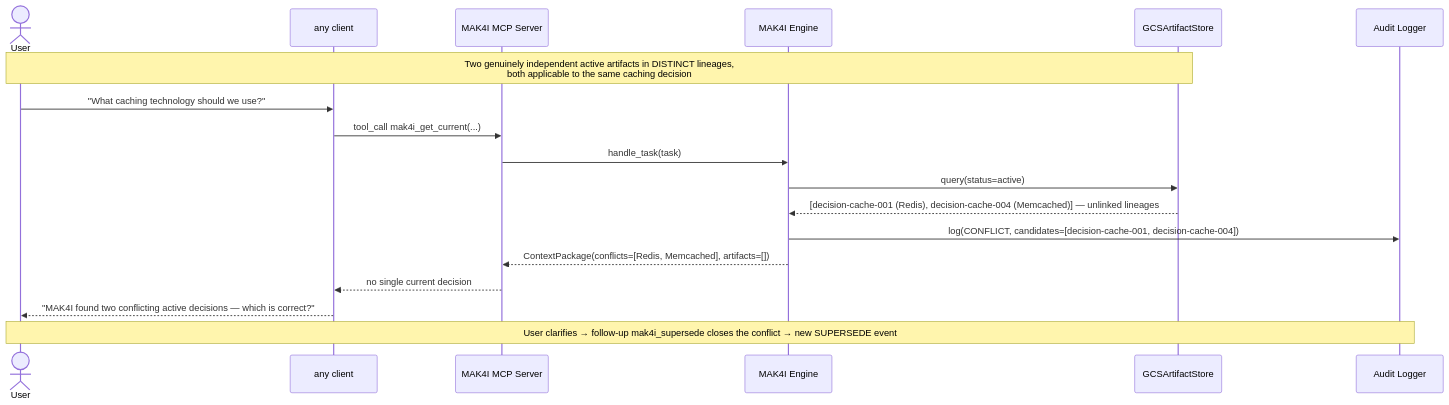
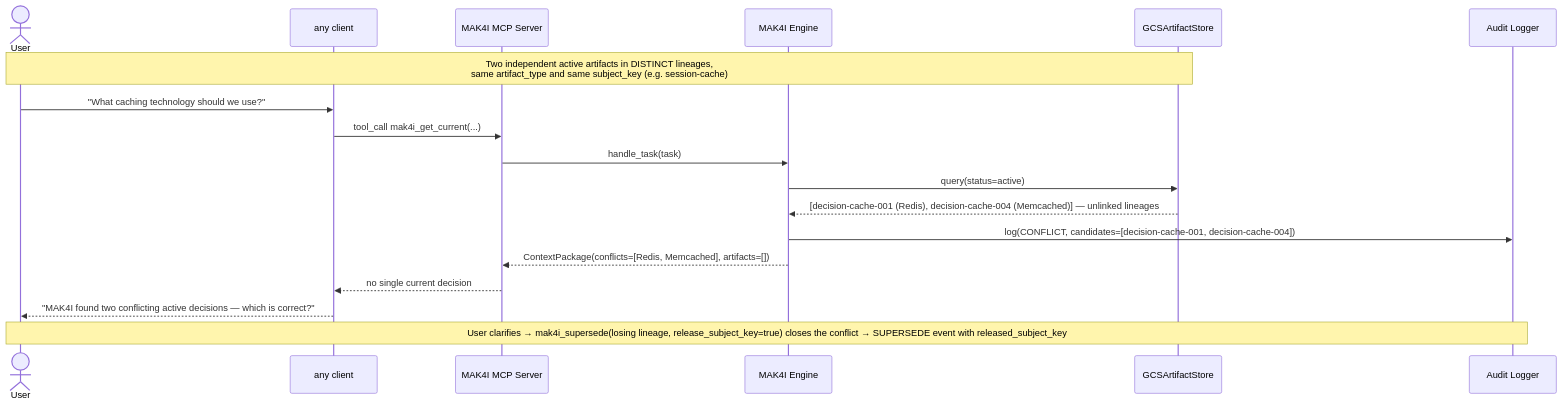
The fifth of 5 diagrams in docs/MVP_ARCHITECTURE.md (talvikai/mak4i-reference), drawn with Mermaid before and after one commit. The commit also changed other lines of this file and 25 other files, not shown here.

````diff
--- a/docs/MVP_ARCHITECTURE.md
+++ b/docs/MVP_ARCHITECTURE.md
@@ -654,21 +682,21 @@
 ```mermaid
 sequenceDiagram
     actor U as User
     participant AnyC as any client
     participant MCP as MAK4I MCP Server
     participant API as MAK4I Engine
     participant S as GCSArtifactStore
     participant AL as Audit Logger
 
-    Note over U,S: Two genuinely independent active artifacts in DISTINCT lineages,<br/>both applicable to the same caching decision
+    Note over U,S: Two independent active artifacts in DISTINCT lineages,<br/>same artifact_type and same subject_key (e.g. session-cache)
     U->>AnyC: "What caching technology should we use?"
     AnyC->>MCP: tool_call mak4i_get_current(...)
     MCP->>API: handle_task(task)
     API->>S: query(status=active)
     S-->>API: [decision-cache-001 (Redis), decision-cache-004 (Memcached)] — unlinked lineages
     API->>AL: log(CONFLICT, candidates=[decision-cache-001, decision-cache-004])
     API-->>MCP: ContextPackage(conflicts=[Redis, Memcached], artifacts=[])
     MCP-->>AnyC: no single current decision
     AnyC-->>U: "MAK4I found two conflicting active decisions — which is correct?"
-    Note over U,AL: User clarifies → follow-up mak4i_supersede closes the conflict → new SUPERSEDE event
+    Note over U,AL: User clarifies → mak4i_supersede(losing lineage, release_subject_key=true) closes the conflict → SUPERSEDE event with released_subject_key
 ```
````
